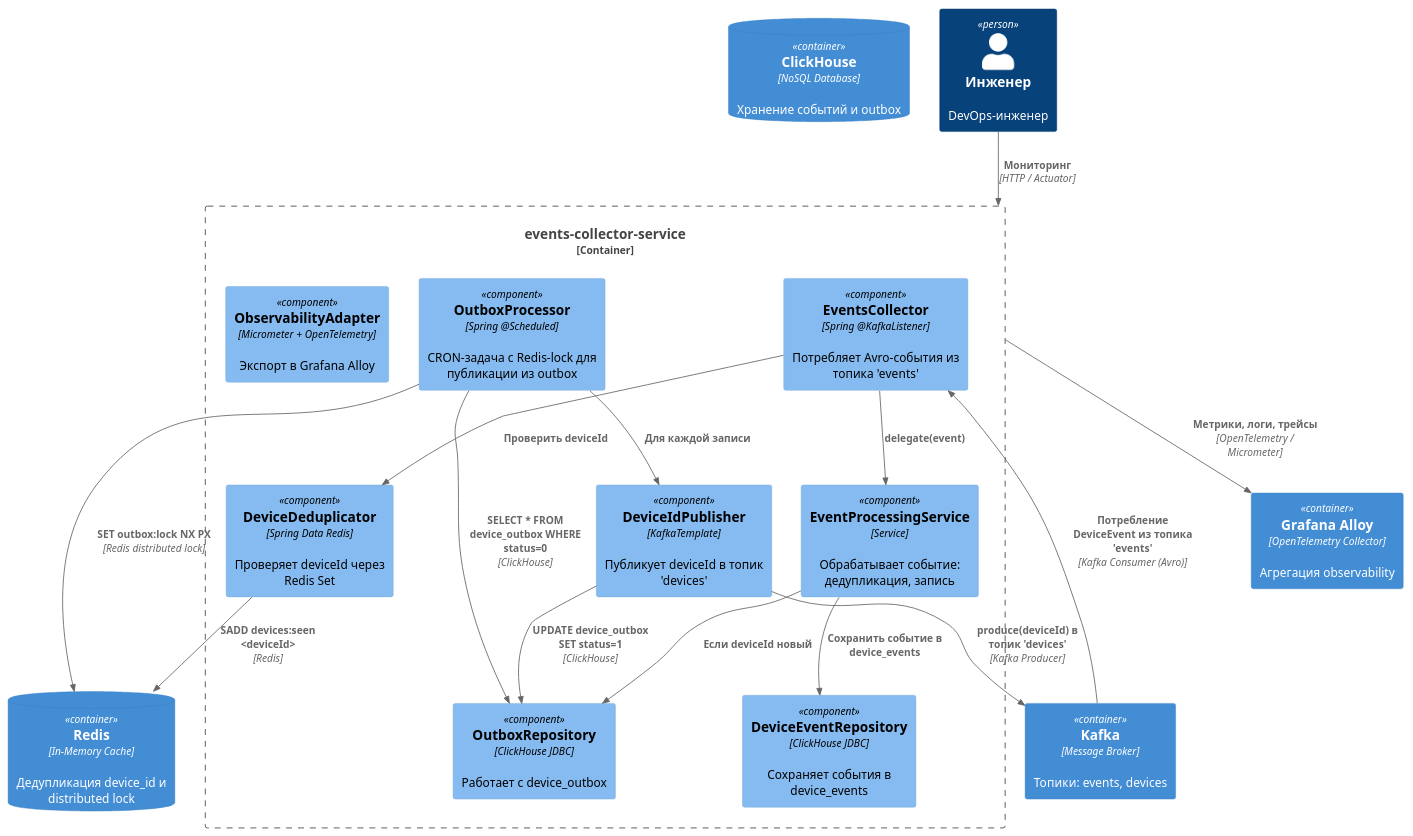
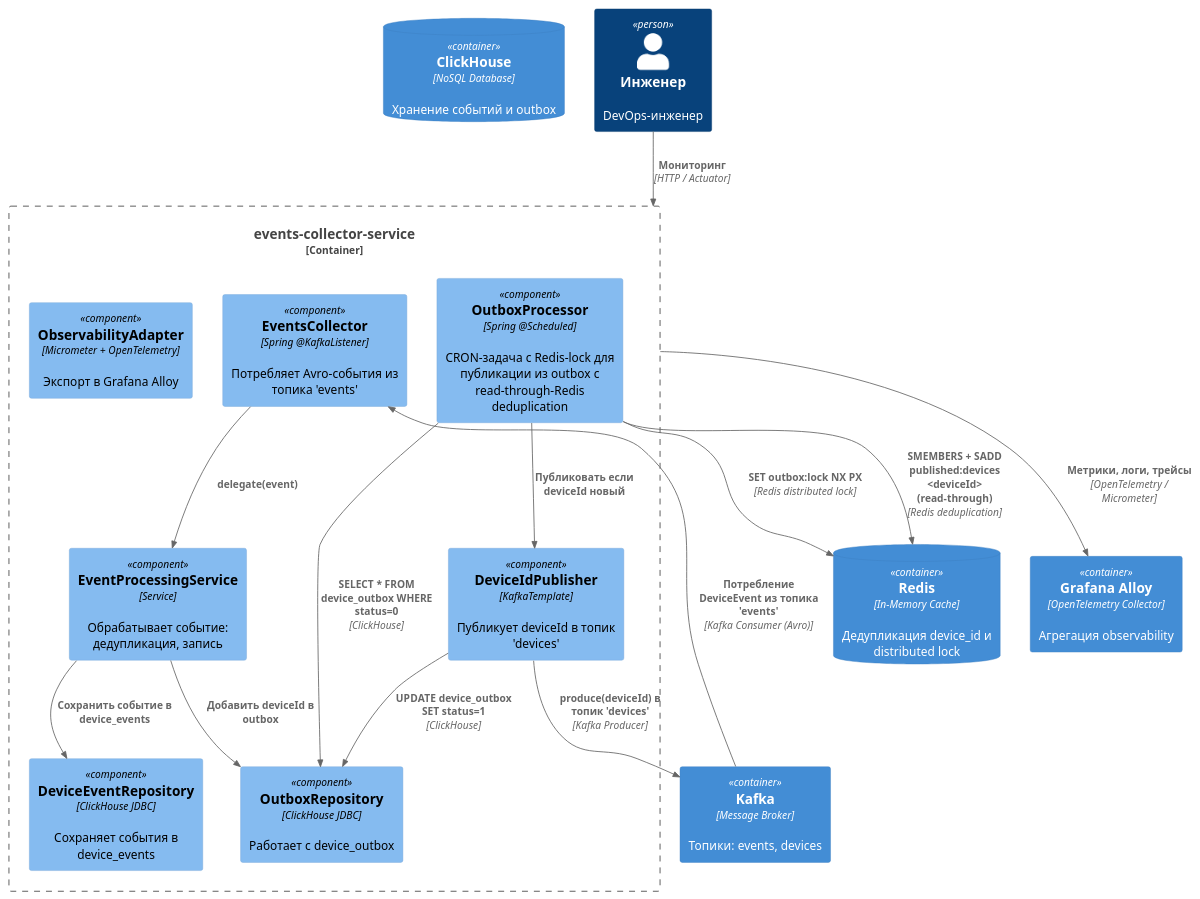
One commit to QuitEnough/highlyLoadedDistributedSystems changed the diagram in diagrams/events-collector-service/components.puml. Above: the diagram before and after it, drawn with PlantUML. The commit also changed 5 other files, not shown here.

```diff
--- a/diagrams/events-collector-service/components.puml
+++ b/diagrams/events-collector-service/components.puml
@@ -1,42 +1,39 @@
 @startuml
 !includeurl https://raw.githubusercontent.com/plantuml-stdlib/C4-PlantUML/master/C4_Component.puml
 
 ContainerDb(clickhouse, "ClickHouse", "NoSQL Database", "Хранение событий и outbox")
 ContainerDb(redis, "Redis", "In-Memory Cache", "Дедупликация device_id и distributed lock")
 Container(kafka, "Kafka", "Message Broker", "Топики: events, devices")
 Container(alloy, "Grafana Alloy", "OpenTelemetry Collector", "Агрегация observability")
 
 Person(engineer, "Инженер", "DevOps-инженер")
 
 Container_Boundary(events_collector, "events-collector-service") {
     Component(EventsCollector, "EventsCollector", "Spring @KafkaListener", "Потребляет Avro-события из топика 'events'")
     Component(EventProcessingService, "EventProcessingService", "Service", "Обрабатывает событие: дедупликация, запись")
     Component(DeviceEventRepository, "DeviceEventRepository", "ClickHouse JDBC", "Сохраняет события в device_events")
     Component(OutboxRepository, "OutboxRepository", "ClickHouse JDBC", "Работает с device_outbox")
-    Component(DeviceDeduplicator, "DeviceDeduplicator", "Spring Data Redis", "Проверяет deviceId через Redis Set")
-    Component(OutboxProcessor, "OutboxProcessor", "Spring @Scheduled", "CRON-задача с Redis-lock для публикации из outbox")
+    Component(OutboxProcessor, "OutboxProcessor", "Spring @Scheduled", "CRON-задача с Redis-lock для публикации из outbox с read-through-Redis deduplication")
     Component(DeviceIdPublisher, "DeviceIdPublisher", "KafkaTemplate", "Публикует deviceId в топик 'devices'")
     Component(ObservabilityAdapter, "ObservabilityAdapter", "Micrometer + OpenTelemetry", "Экспорт в Grafana Alloy")
 }
 
 Rel(engineer, events_collector, "Мониторинг", "HTTP / Actuator")
 
 Rel(kafka, EventsCollector, "Потребление DeviceEvent из топика 'events'", "Kafka Consumer (Avro)")
 Rel(EventsCollector, EventProcessingService, "delegate(event)", "")
 
-Rel(EventsCollector, DeviceDeduplicator, "Проверить deviceId", "")
-Rel(DeviceDeduplicator, redis, "SADD devices:seen <deviceId>", "Redis")
-
 Rel(EventProcessingService, DeviceEventRepository, "Сохранить событие в device_events", "")
-Rel(EventProcessingService, OutboxRepository, "Если deviceId новый", "")
+Rel(EventProcessingService, OutboxRepository, "Добавить deviceId в outbox", "")
 
 Rel(OutboxProcessor, redis, "SET outbox:lock NX PX", "Redis distributed lock")
 Rel(OutboxProcessor, OutboxRepository, "SELECT * FROM device_outbox WHERE status=0", "ClickHouse")
-Rel(OutboxProcessor, DeviceIdPublisher, "Для каждой записи", "")
+Rel(OutboxProcessor, redis, "SMEMBERS + SADD published:devices <deviceId> (read-through)", "Redis deduplication")
+Rel(OutboxProcessor, DeviceIdPublisher, "Публиковать если deviceId новый", "")
 
+Rel(DeviceIdPublisher, kafka, "produce(deviceId) в топик 'devices'", "Kafka Producer")
 Rel(DeviceIdPublisher, OutboxRepository, "UPDATE device_outbox SET status=1", "ClickHouse")
-Rel(DeviceIdPublisher, kafka, "produce(deviceId) в топик 'devices'", "Kafka Producer")
 
 Rel(events_collector, alloy, "Метрики, логи, трейсы", "OpenTelemetry / Micrometer")
 
 @enduml
```
